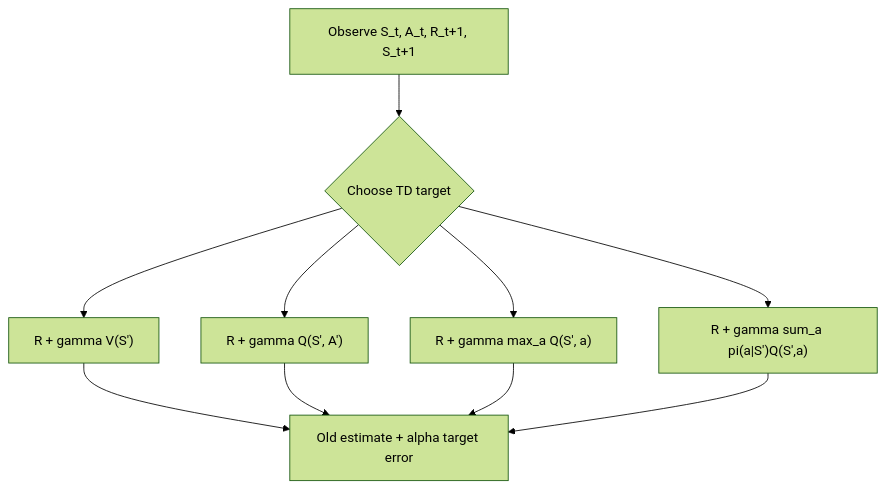
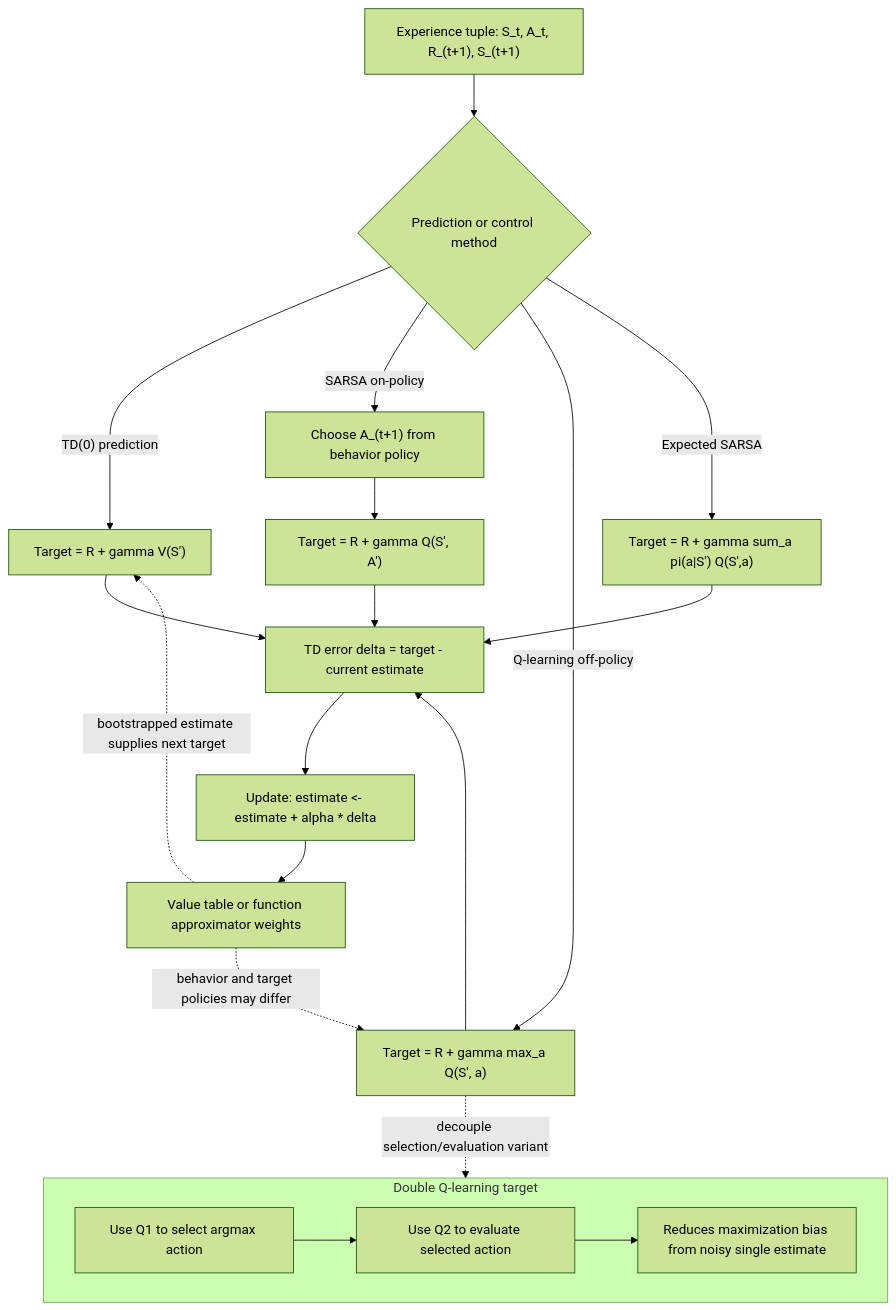
The diagram in docs/cs/reinforcement-learning/temporal-difference-learning.md (justinbrianhwang/SJ-wiki), drawn with Mermaid (forest theme) before and after one commit. The commit also changed other lines of this file and 1858 other files, not shown here.

Commit message:
Upgrade Mermaid diagrams to real architecture level across DL/CS-systems/CS-applied/QIS/Physics+Math+Chem (~728 mermaid blocks total): detailed sublayers, residuals, dimensions, shape transitions, subgraph grouping

````diff
--- a/docs/cs/reinforcement-learning/temporal-difference-learning.md
+++ b/docs/cs/reinforcement-learning/temporal-difference-learning.md
@@ -94,12 +94,26 @@
 ```mermaid
 flowchart TD
-  Transition["Observe S_t, A_t, R_t+1, S_t+1"] --> Target{Choose TD target}
-  Target --> TD0["R + gamma V(S')"]
-  Target --> Sarsa["R + gamma Q(S', A')"]
-  Target --> Qlearn["R + gamma max_a Q(S', a)"]
-  Target --> Expected["R + gamma sum_a pi(a|S')Q(S',a)"]
-  TD0 --> Update[Old estimate + alpha target error]
-  Sarsa --> Update
-  Qlearn --> Update
-  Expected --> Update
+  Step["Experience tuple: S_t, A_t, R_(t+1), S_(t+1)"] --> Mode{"Prediction or control method"}
+  Mode -- "TD(0) prediction" --> TD0["Target = R + gamma V(S')"]
+  Mode -- "SARSA on-policy" --> NextAct["Choose A_(t+1) from behavior policy"]
+  NextAct --> Sarsa["Target = R + gamma Q(S', A')"]
+  Mode -- "Q-learning off-policy" --> Qlearn["Target = R + gamma max_a Q(S', a)"]
+  Mode -- "Expected SARSA" --> Expected["Target = R + gamma sum_a pi(a|S') Q(S',a)"]
+
+  TD0 --> Error["TD error delta = target - current estimate"]
+  Sarsa --> Error
+  Qlearn --> Error
+  Expected --> Error
+  Error --> Update["Update: estimate <- estimate + alpha * delta"]
+  Update --> Table["Value table or function approximator weights"]
+  Table -. "bootstrapped estimate supplies next target" .-> TD0
+  Table -. "behavior and target policies may differ" .-> Qlearn
+
+  subgraph DoubleQ["Double Q-learning target"]
+    direction LR
+    Q1["Use Q1 to select argmax action"] --> Q2["Use Q2 to evaluate selected action"]
+    Q2 --> Bias["Reduces maximization bias from noisy single estimate"]
+  end
+
+  Qlearn -. "decouple selection/evaluation variant" .-> DoubleQ
 ```
````
